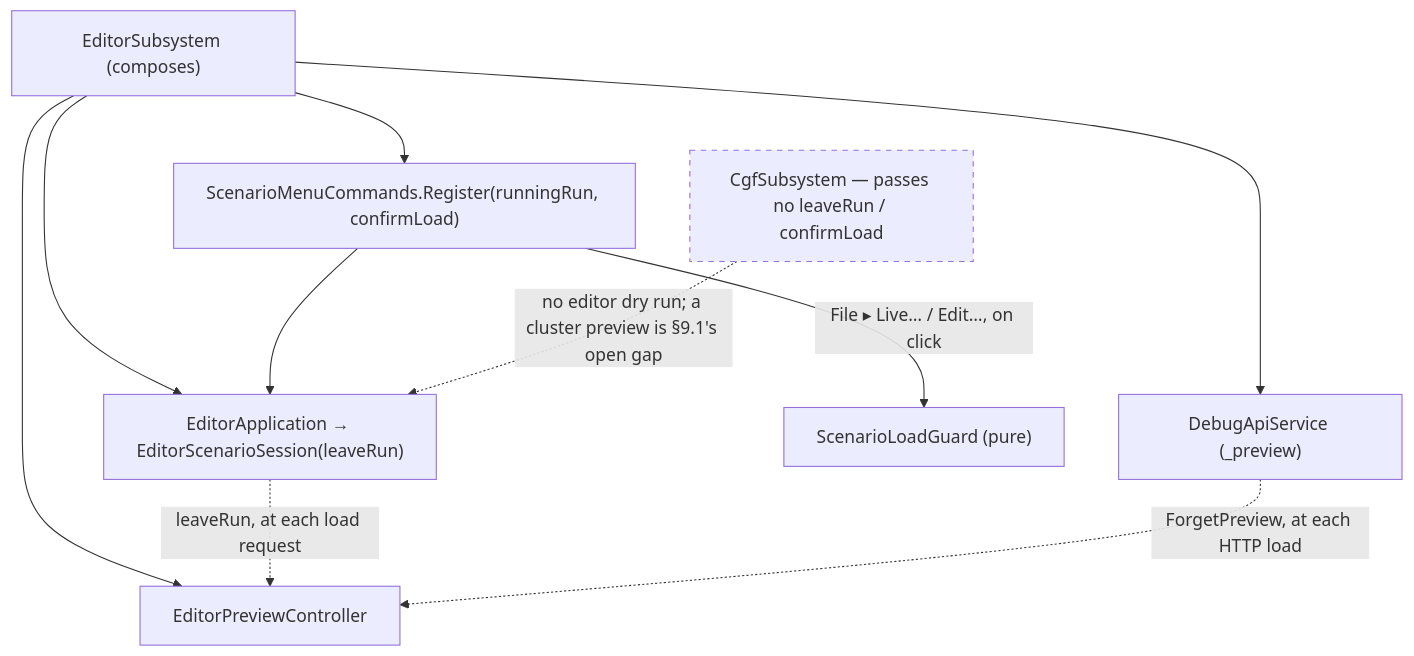
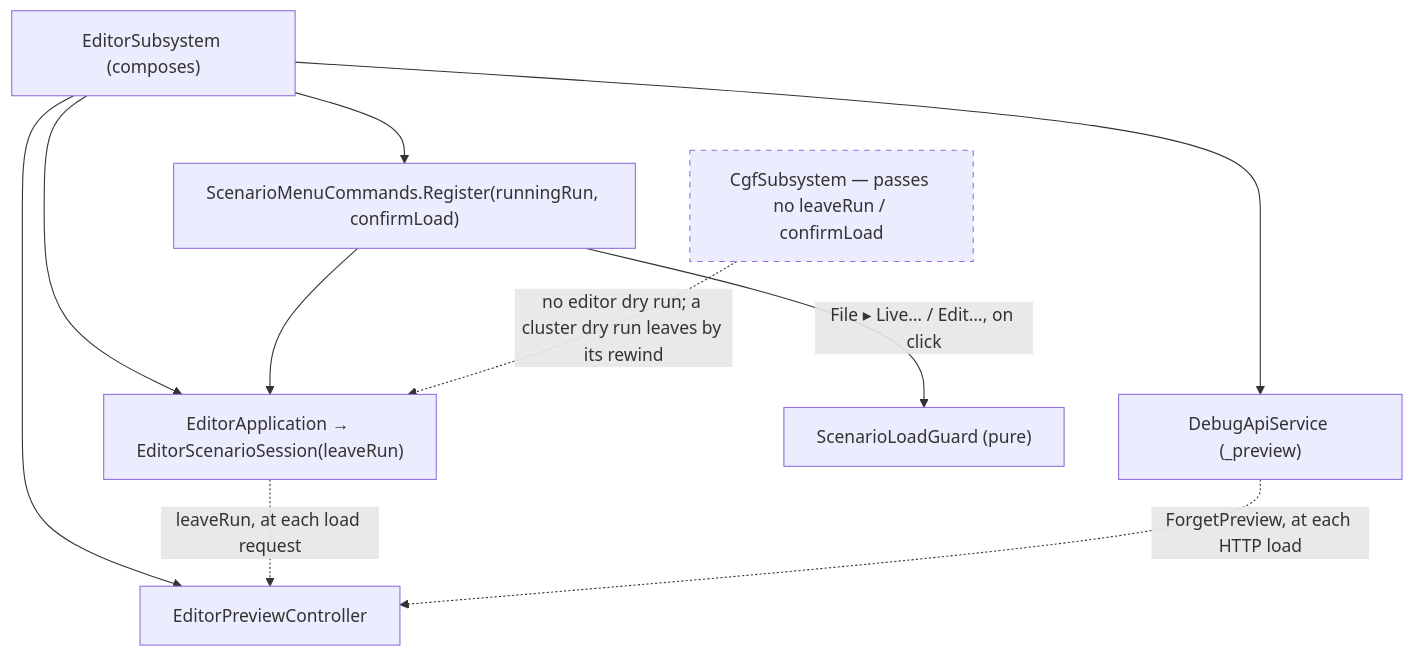
Before and after one commit to pjanec/HROT: diagram 16 of 17 in docs/DESIGN_Cluster_Load_Phase.md, drawn with Mermaid. The commit also changed other lines of this file and 2 other files, not shown here.

First line of the commit message:
CE-1025: a cluster dry run leaves by its own rewind on the way to Idle — pinned and measured, nothing built

````diff
--- a/docs/DESIGN_Cluster_Load_Phase.md
+++ b/docs/DESIGN_Cluster_Load_Phase.md
@@ -1085,14 +1085,14 @@
 ```mermaid
 graph TD
   ES["EditorSubsystem (composes)"] --> EA["EditorApplication → EditorScenarioSession(leaveRun)"]
   ES --> MENU["ScenarioMenuCommands.Register(runningRun, confirmLoad)"]
   ES --> PC["EditorPreviewController"]
   ES --> DBG["DebugApiService (_preview)"]
   MENU -->|"File ▸ Live… / Edit…, on click"| GUARD["ScenarioLoadGuard (pure)"]
   MENU --> EA
   EA -.->|"leaveRun, at each load request"| PC
   DBG -.->|"ForgetPreview, at each HTTP load"| PC
-  CGF["CgfSubsystem — passes no leaveRun / confirmLoad"] -.->|"no editor dry run; a cluster preview is §9.1's open gap"| EA
+  CGF["CgfSubsystem — passes no leaveRun / confirmLoad"] -.->|"no editor dry run; a cluster dry run leaves by its rewind"| EA
   classDef dead stroke-dasharray: 5 5
   class CGF dead
 ```
````
